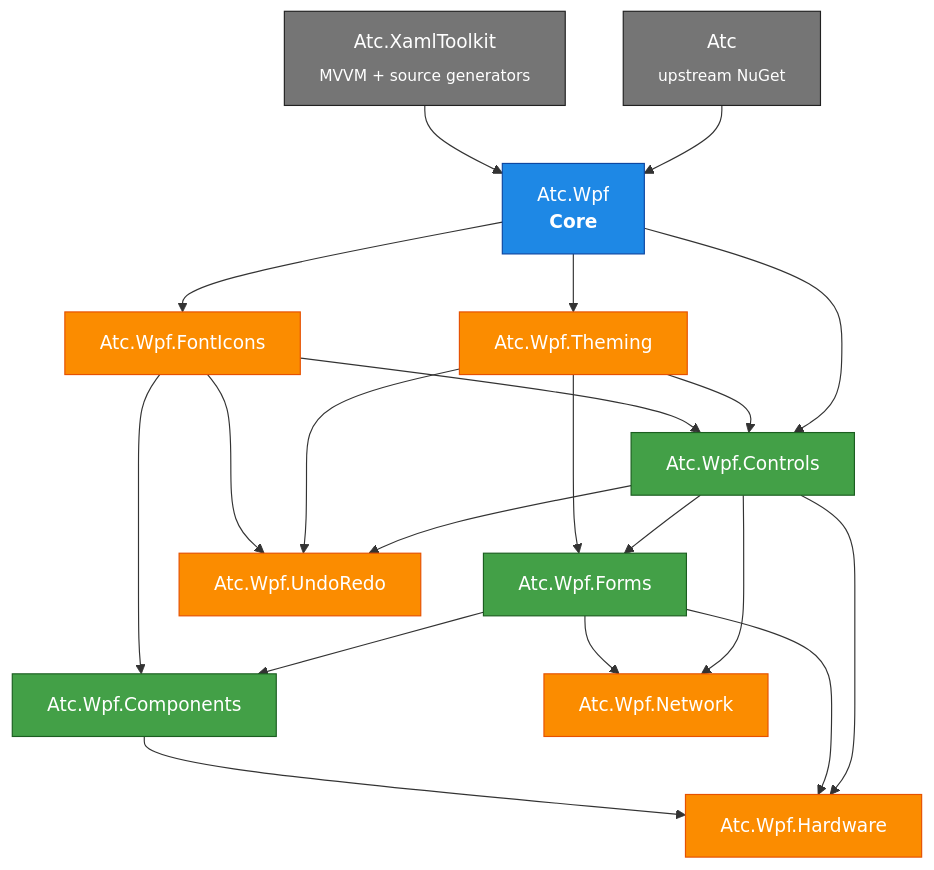
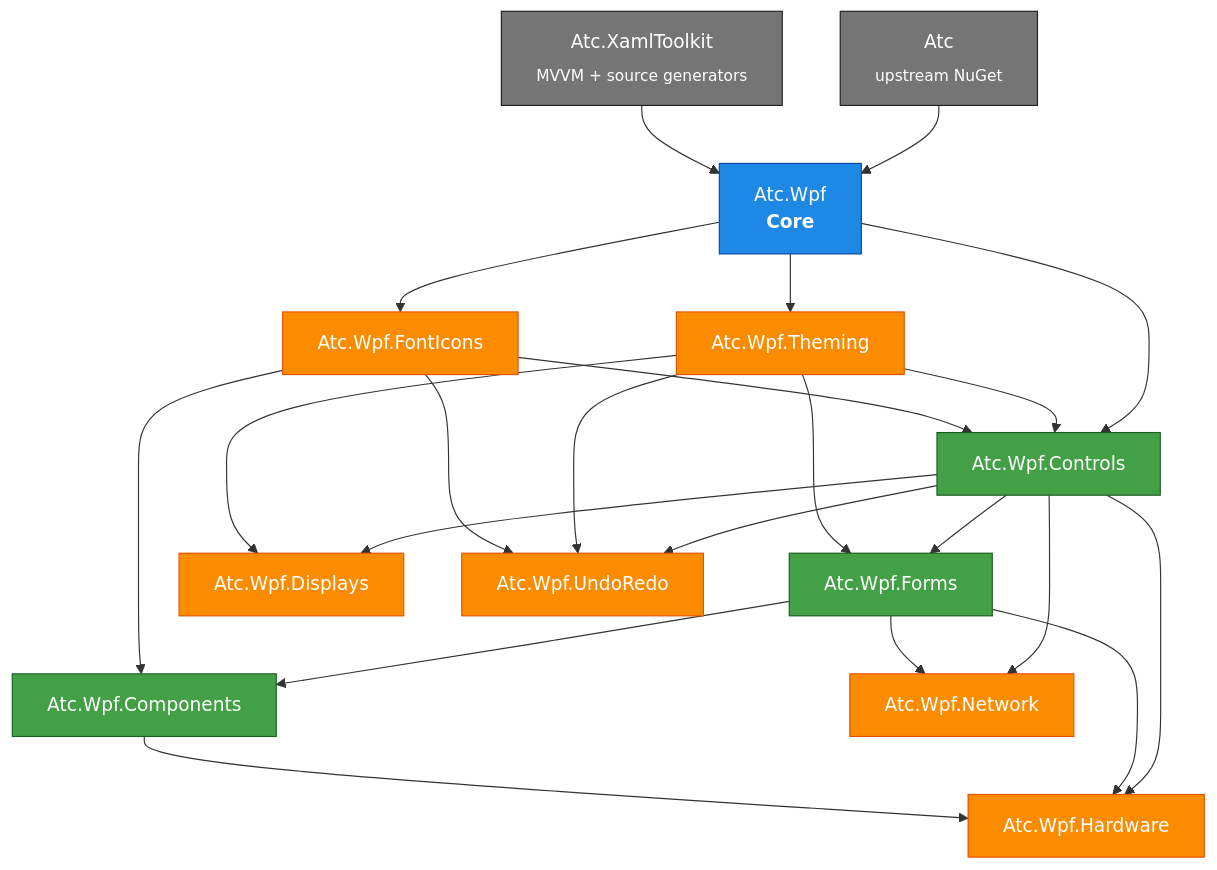
One commit to atc-net/atc-wpf changed the diagram in README.md. Above: the diagram before and after it, drawn with Mermaid. The commit also changed other lines of this file and 51 other files, not shown here.

````diff
--- a/README.md
+++ b/README.md
@@ -195,51 +199,55 @@
 ```mermaid
 graph TD
     Atc[Atc<br/><sub>upstream NuGet</sub>]
     XamlToolkit[Atc.XamlToolkit<br/><sub>MVVM + source generators</sub>]
 
     AtcWpf[Atc.Wpf<br/><b>Core</b>]
     Theming[Atc.Wpf.Theming]
     FontIcons[Atc.Wpf.FontIcons]
     Controls[Atc.Wpf.Controls]
     Forms[Atc.Wpf.Forms]
     Components[Atc.Wpf.Components]
 
+    Displays[Atc.Wpf.Displays]
     Network[Atc.Wpf.Network]
     Hardware[Atc.Wpf.Hardware]
     UndoRedo[Atc.Wpf.UndoRedo]
 
     Atc --> AtcWpf
     XamlToolkit --> AtcWpf
 
     AtcWpf --> Theming
     AtcWpf --> FontIcons
     AtcWpf --> Controls
     Theming --> Controls
     FontIcons --> Controls
 
     Controls --> Forms
     Theming --> Forms
 
     Forms --> Components
     FontIcons --> Components
 
+    Controls --> Displays
+    Theming --> Displays
+
     Controls --> Network
     Forms --> Network
 
     Controls --> Hardware
     Forms --> Hardware
     Components --> Hardware
 
     Controls --> UndoRedo
     Theming --> UndoRedo
     FontIcons --> UndoRedo
 
     classDef core fill:#1e88e5,stroke:#0d47a1,color:#fff
     classDef tier fill:#43a047,stroke:#1b5e20,color:#fff
     classDef side fill:#fb8c00,stroke:#e65100,color:#fff
     classDef ext fill:#757575,stroke:#212121,color:#fff
     class AtcWpf core
     class Controls,Forms,Components tier
-    class Theming,FontIcons,Network,Hardware,UndoRedo side
+    class Theming,FontIcons,Displays,Network,Hardware,UndoRedo side
     class Atc,XamlToolkit ext
 ```
````
